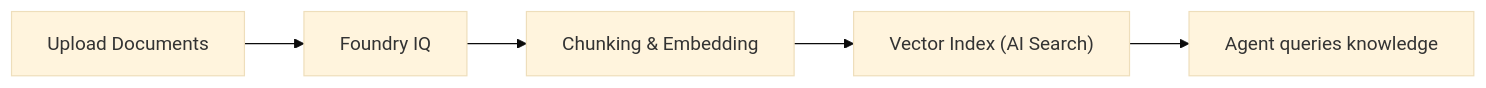
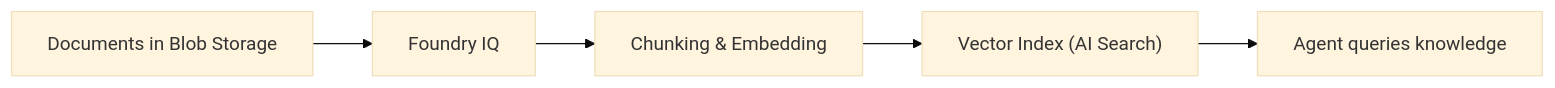
Before and after one commit to LauraVerghote/Agentic-ai-with-foundry-workshop: the diagram in lab-2-create-knowledge-base.md, drawn with Mermaid (base theme). The commit also changed other lines of this file, not shown here.

Commit message:
Restore blob storage approach in lab-2

````diff
--- a/lab-2-create-knowledge-base.md
+++ b/lab-2-create-knowledge-base.md
@@ -30,7 +37,7 @@
 ```mermaid
 flowchart LR
-    A["Upload Documents"] --> B["Foundry IQ"]
+    A["Documents in Blob Storage"] --> B["Foundry IQ"]
     B --> C["Chunking & Embedding"]
     C --> D["Vector Index (AI Search)"]
     D --> E["Agent queries knowledge"]
 ```
````
